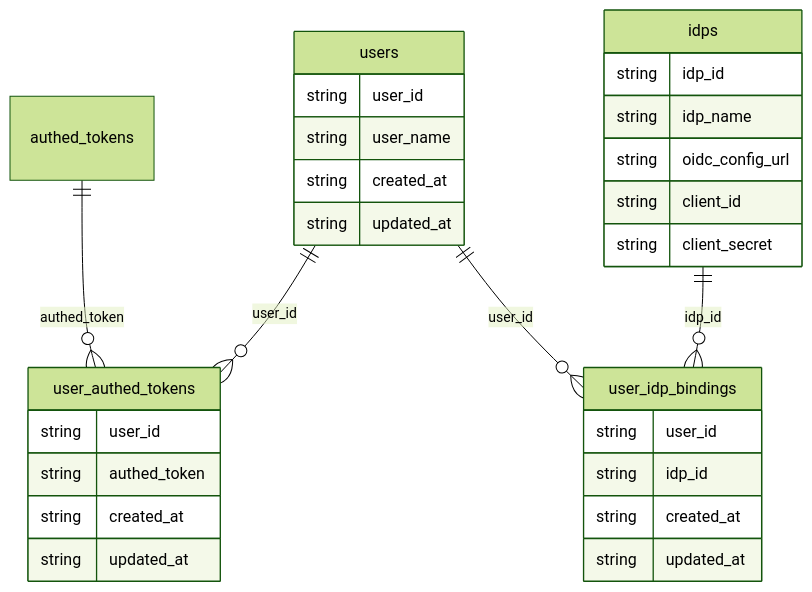
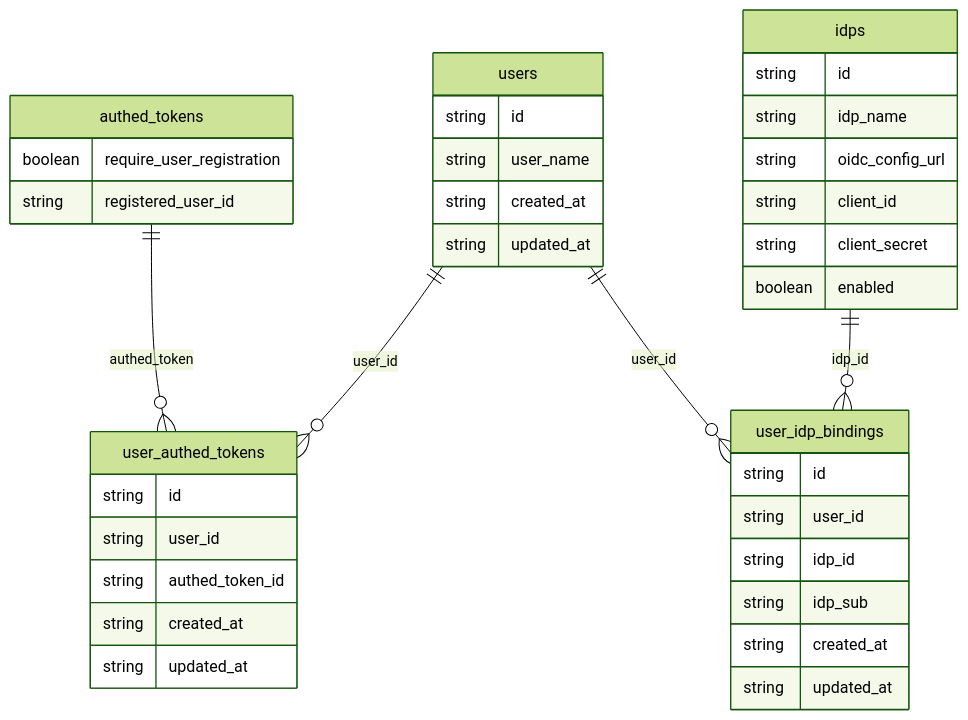
Before and after one commit to edginer/eddist: the third of 3 diagrams in docs/user-registration.md, drawn with Mermaid (forest theme). The commit also changed other lines of this file and 28 other files, not shown here.

Commit message:
WIP: implement core user registration feature

````diff
--- a/docs/user-registration.md
+++ b/docs/user-registration.md
@@ -129,36 +130,45 @@
 ```mermaid
 erDiagram
     %% authed_tokens is already defined, so we does not write the definition here
-    authed_tokens
+    authed_tokens {
+        %% ony added fields
+        boolean require_user_registration
+        string registered_user_id
+    }
     users {
-        string user_id
+        string id
+        %% user_name is optional, user can set the user name after registration
         string user_name
         string created_at
         string updated_at
     }
     user_authed_tokens {
+        string id
         string user_id
-        string authed_token
+        string authed_token_id
         string created_at
         string updated_at
     }
     user_idp_bindings {
+        string id
         string user_id
         string idp_id
+        string idp_sub
         string created_at
         string updated_at
     }
     idps {
-        string idp_id
+        string id
         string idp_name
         string oidc_config_url
         string client_id
         %% client_secret is encrypted using AES-256 (key: tinker-token)
         string client_secret
+        boolean enabled
     }
 
     users ||--o{ user_authed_tokens: user_id
     users ||--o{ user_idp_bindings: user_id    
     authed_tokens ||--o{ user_authed_tokens: authed_token
     idps ||--o{ user_idp_bindings: idp_id
 ```
````
